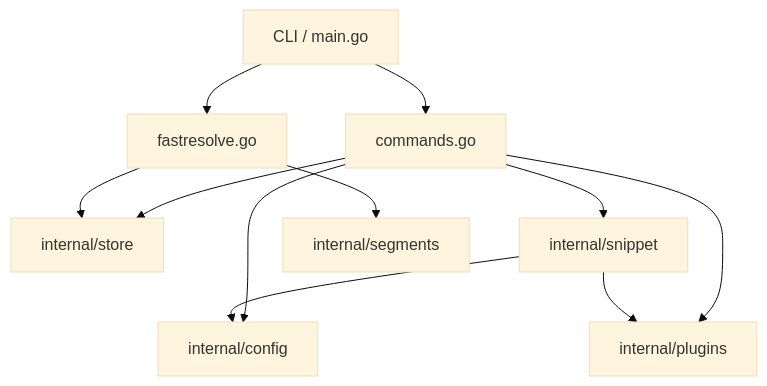
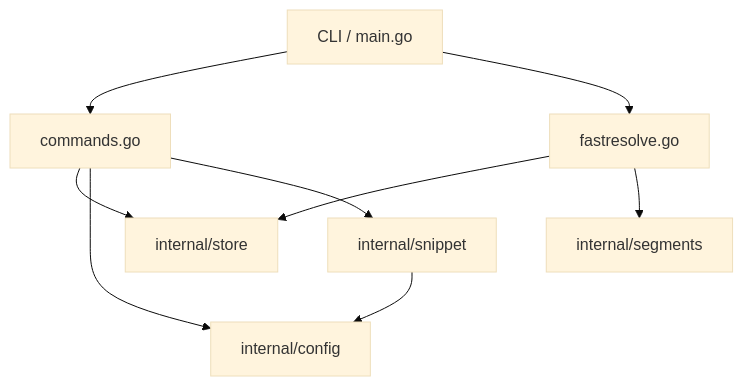
Before and after one commit to sadirano/onix: the diagram in README.md, drawn with Mermaid (base theme). The commit also changed other lines of this file and 24 other files, not shown here.

````diff
--- a/README.md
+++ b/README.md
@@ -163,16 +144,14 @@
 ```mermaid
 graph TD
     CLI[CLI / main.go] --> Commands[commands.go]
     CLI --> FastPath[fastresolve.go]
     
     Commands --> Store[internal/store]
     Commands --> Config[internal/config]
-    Commands --> Plugins[internal/plugins]
     Commands --> Snippet[internal/snippet]
     
     FastPath --> Store
     FastPath --> Segments[internal/segments]
     
     Snippet --> Config
-    Snippet --> Plugins
 ```
````
